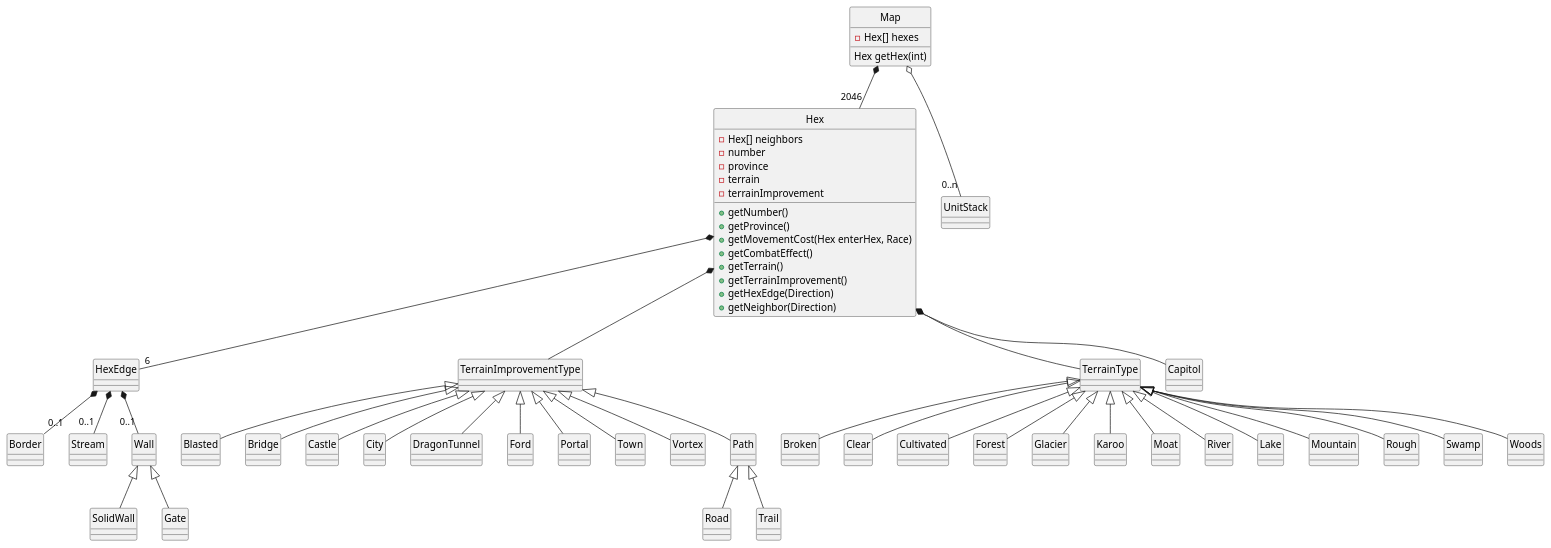
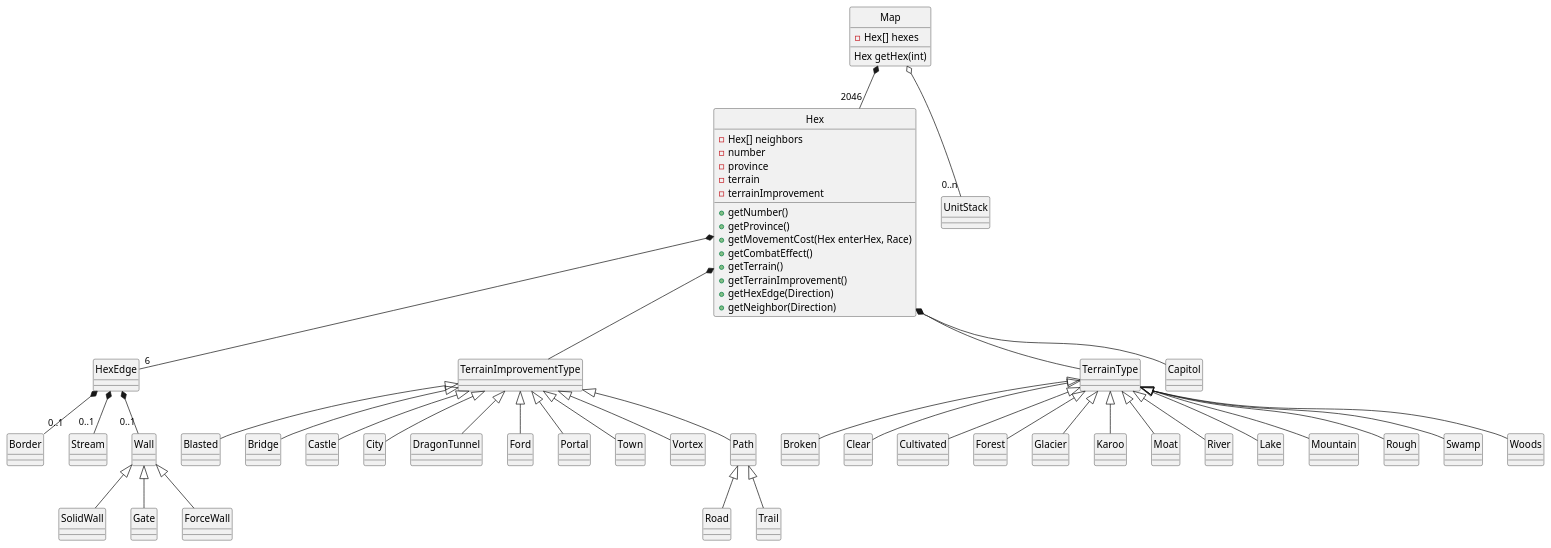
One commit to CS383-Sword-and-Sorcery/HW3 changed the diagram in mapmove.pu. Above: the diagram before and after it, drawn with PlantUML.

Commit message:
add forcewall

```diff
--- a/mapmove.pu
+++ b/mapmove.pu
@@ -1,64 +1,65 @@
 @startuml
 hide circle
 ' <|-- is "extention" and used for class inheritence
 ' *-- is composition (static aggregation), for when b is permanently "part of" a
 ' o-- is aggregation (dynamic aggregation)
 
 class Map {
     -Hex[] hexes
 	Hex getHex(int)
 }
 
 class Hex {
 	-Hex[] neighbors
     -number
     -province
     -terrain
     -terrainImprovement
     +getNumber()
     +getProvince()
     +getMovementCost(Hex enterHex, Race)
     +getCombatEffect()
     +getTerrain()
     +getTerrainImprovement()
 	+getHexEdge(Direction)
     +getNeighbor(Direction)
 }
 
 Map o-- "0..n" UnitStack
 Map *-- "2046" Hex
 Hex *-- "6" HexEdge
 Hex *-- TerrainImprovementType
 Hex *-- TerrainType
 Hex *-- Capitol
 HexEdge *-- "0..1" Border
 HexEdge *-- "0..1" Stream
 HexEdge *-- "0..1" Wall
                    Wall <|-- SolidWall
                    Wall <|-- Gate
+                   Wall <|-- ForceWall
 TerrainType <|-- Broken
 TerrainType <|-- Clear
 TerrainType <|-- Cultivated
 TerrainType <|-- Forest
 TerrainType <|-- Glacier
 TerrainType <|-- Karoo
 TerrainType <|-- Moat
 TerrainType <|-- River
 TerrainType <|-- Lake
 TerrainType <|-- Mountain
 TerrainType <|-- Rough
 TerrainType <|-- Swamp
 TerrainType <|-- Woods
 TerrainImprovementType <|-- Blasted
 TerrainImprovementType <|-- Bridge
 TerrainImprovementType <|-- Castle
 TerrainImprovementType <|-- City
 TerrainImprovementType <|-- DragonTunnel
 TerrainImprovementType <|-- Ford
 TerrainImprovementType <|-- Portal
 TerrainImprovementType <|-- Town
 TerrainImprovementType <|-- Vortex
 TerrainImprovementType <|-- Path
                             Path <|-- Road
                             Path <|-- Trail
 @enduml
```
